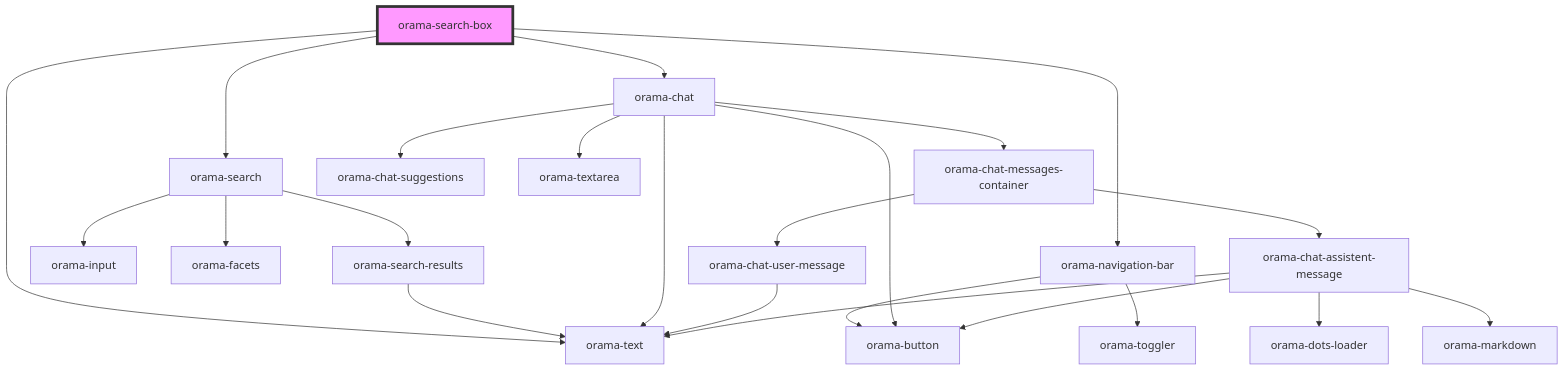
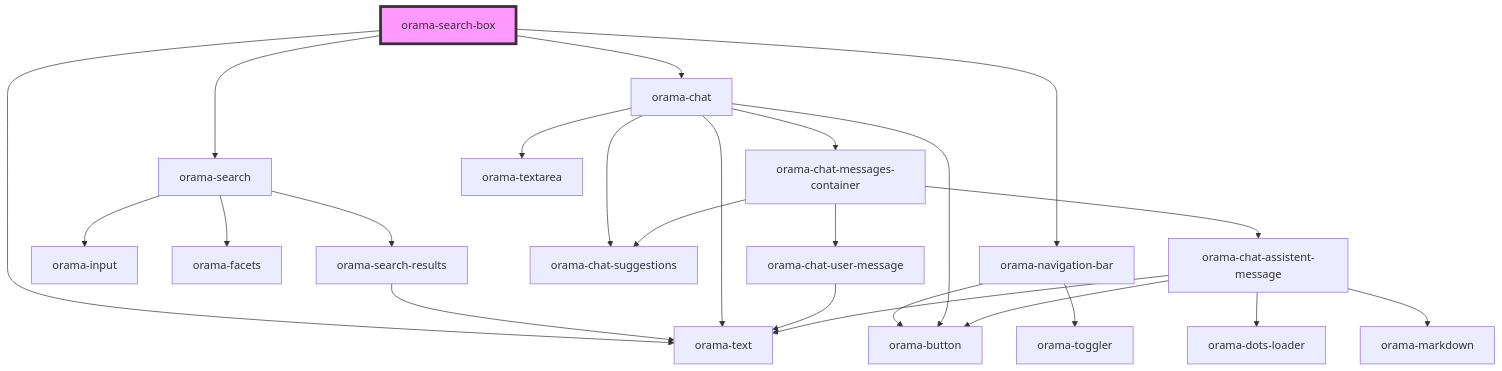
The diagram in packages/ui-stencil/src/components/orama-search-box/readme.md (askorama/orama-ui-components), drawn with Mermaid before and after one commit. The commit also changed 16 other files, not shown here.

````diff
--- a/packages/ui-stencil/src/components/orama-search-box/readme.md
+++ b/packages/ui-stencil/src/components/orama-search-box/readme.md
@@ -28,26 +28,27 @@
 ```mermaid
 graph TD;
   orama-search-box --> orama-text
   orama-search-box --> orama-navigation-bar
   orama-search-box --> orama-search
   orama-search-box --> orama-chat
   orama-navigation-bar --> orama-button
   orama-navigation-bar --> orama-toggler
   orama-search --> orama-input
   orama-search --> orama-facets
   orama-search --> orama-search-results
   orama-search-results --> orama-text
   orama-chat --> orama-chat-messages-container
   orama-chat --> orama-chat-suggestions
   orama-chat --> orama-textarea
   orama-chat --> orama-button
   orama-chat --> orama-text
   orama-chat-messages-container --> orama-chat-user-message
   orama-chat-messages-container --> orama-chat-assistent-message
+  orama-chat-messages-container --> orama-chat-suggestions
   orama-chat-user-message --> orama-text
   orama-chat-assistent-message --> orama-dots-loader
   orama-chat-assistent-message --> orama-text
   orama-chat-assistent-message --> orama-markdown
   orama-chat-assistent-message --> orama-button
   style orama-search-box fill:#f9f,stroke:#333,stroke-width:4px
 ```
````
